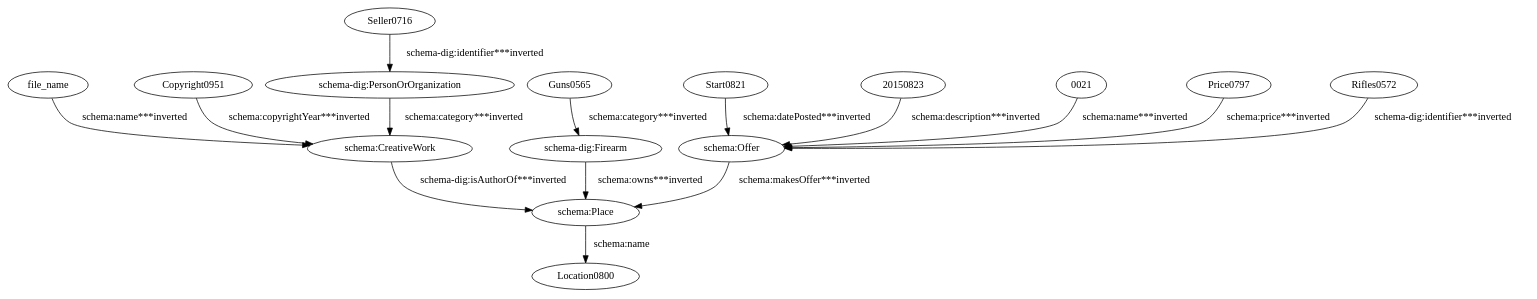
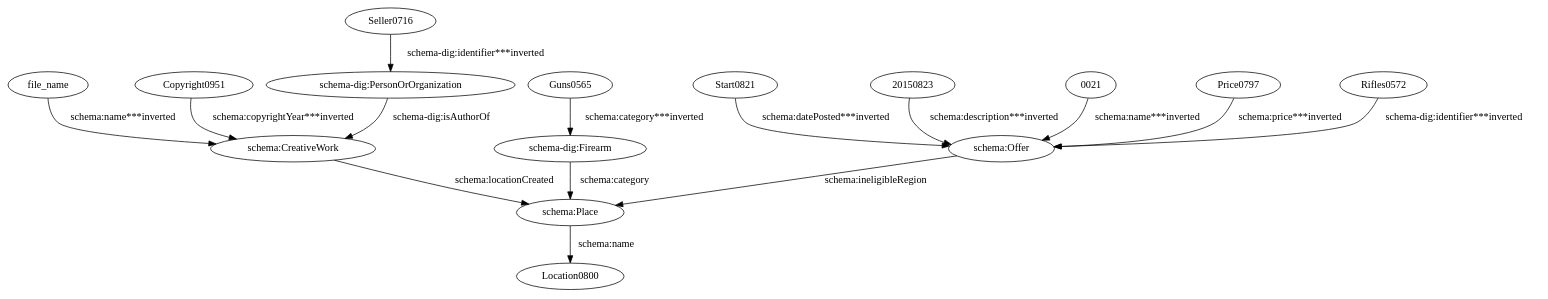
One commit to giuseppefutia/semi changed the diagram in data/taheriyan2016/task_04/semantic_models/steiner/dot/floridaguntrader.dot. Above: the diagram before and after it, drawn with Graphviz. The commit also changed 119 other files, not shown here.

```diff
--- a/data/taheriyan2016/task_04/semantic_models/steiner/dot/floridaguntrader.dot
+++ b/data/taheriyan2016/task_04/semantic_models/steiner/dot/floridaguntrader.dot
@@ -1,31 +1,31 @@
 digraph {
   "20150823" [type=attribute_name,label="20150823"]
   "0021" [type=attribute_name,label="0021"]
   "schema:Offer1" [type=class_uri,label="schema:Offer"]
   Copyright0951 [type=attribute_name,label=Copyright0951]
   "schema:CreativeWork1" [type=class_uri,label="schema:CreativeWork"]
   Guns0565 [type=attribute_name,label=Guns0565]
   "schema-dig:Firearm1" [type=class_uri,label="schema-dig:Firearm"]
   Price0797 [type=attribute_name,label=Price0797]
   Rifles0572 [type=attribute_name,label=Rifles0572]
   Seller0716 [type=attribute_name,label=Seller0716]
   "schema-dig:PersonOrOrganization1" [type=class_uri,label="schema-dig:PersonOrOrganization"]
   Start0821 [type=attribute_name,label=Start0821]
   file_name [type=attribute_name,label=file_name]
   "schema:Place1" [type=class_uri,label="schema:Place"]
   Location0800 [type=attribute_name,label=Location0800]
   "0021" -> "schema:Offer1" [type=st_property_uri,label="schema:name***inverted",weight=1]
   "20150823" -> "schema:Offer1" [type=st_property_uri,label="schema:description***inverted",weight=1]
   Copyright0951 -> "schema:CreativeWork1" [type=st_property_uri,label="schema:copyrightYear***inverted",weight=1]
   Guns0565 -> "schema-dig:Firearm1" [type=st_property_uri,label="schema:category***inverted",weight=1]
   Price0797 -> "schema:Offer1" [type=st_property_uri,label="schema:price***inverted",weight=1]
   Rifles0572 -> "schema:Offer1" [type=st_property_uri,label="schema-dig:identifier***inverted",weight=1]
   Seller0716 -> "schema-dig:PersonOrOrganization1" [type=st_property_uri,label="schema-dig:identifier***inverted",weight=1]
   Start0821 -> "schema:Offer1" [type=st_property_uri,label="schema:datePosted***inverted",weight=1]
   file_name -> "schema:CreativeWork1" [type=st_property_uri,label="schema:name***inverted",weight=1]
-  "schema-dig:Firearm1" -> "schema:Place1" [type=inherited,label="schema:owns***inverted",weight=4]
-  "schema-dig:PersonOrOrganization1" -> "schema:CreativeWork1" [type=inherited,label="schema:category***inverted",weight=4]
-  "schema:CreativeWork1" -> "schema:Place1" [type=inherited,label="schema-dig:isAuthorOf***inverted",weight=4]
-  "schema:Offer1" -> "schema:Place1" [type=inherited,label="schema:makesOffer***inverted",weight=4]
+  "schema-dig:Firearm1" -> "schema:Place1" [label="schema:category",type=inherited,weight=4]
+  "schema-dig:PersonOrOrganization1" -> "schema:CreativeWork1" [label="schema-dig:isAuthorOf",type=direct_property_uri,weight=1]
+  "schema:CreativeWork1" -> "schema:Place1" [label="schema:locationCreated",type=direct_property_uri,weight=1]
+  "schema:Offer1" -> "schema:Place1" [label="schema:ineligibleRegion",type=direct_property_uri,weight=1]
   "schema:Place1" -> Location0800 [label="schema:name",type=st_property_uri]
 }
```
